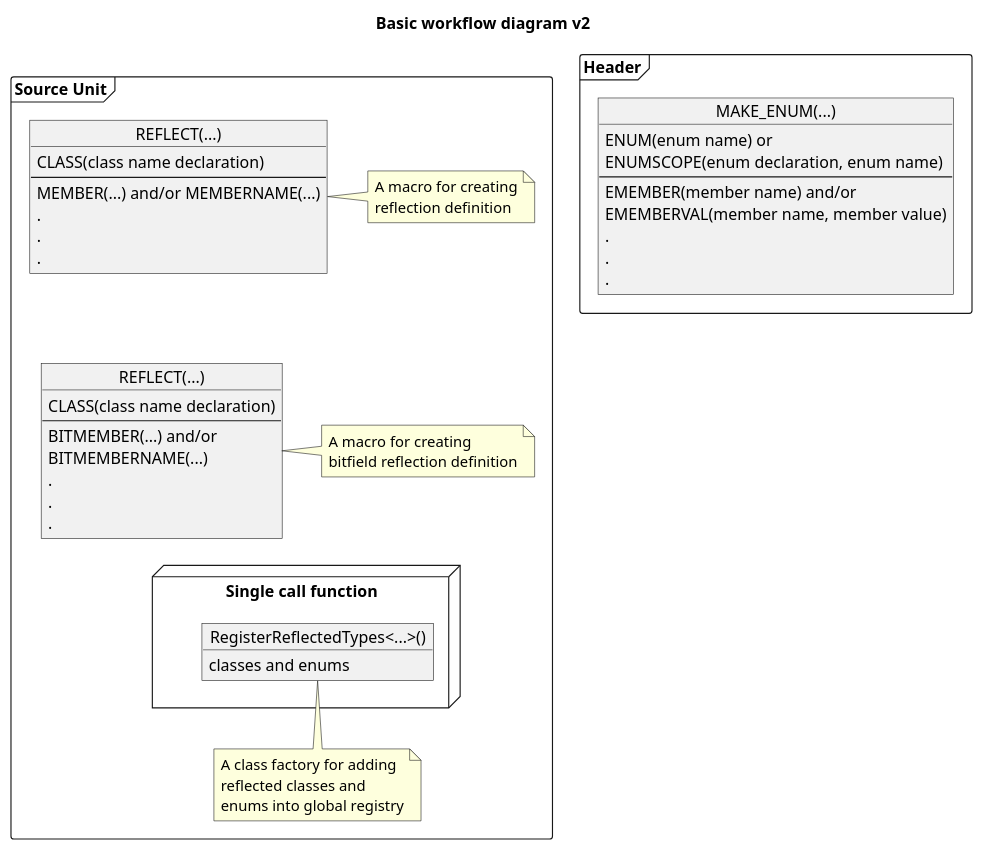
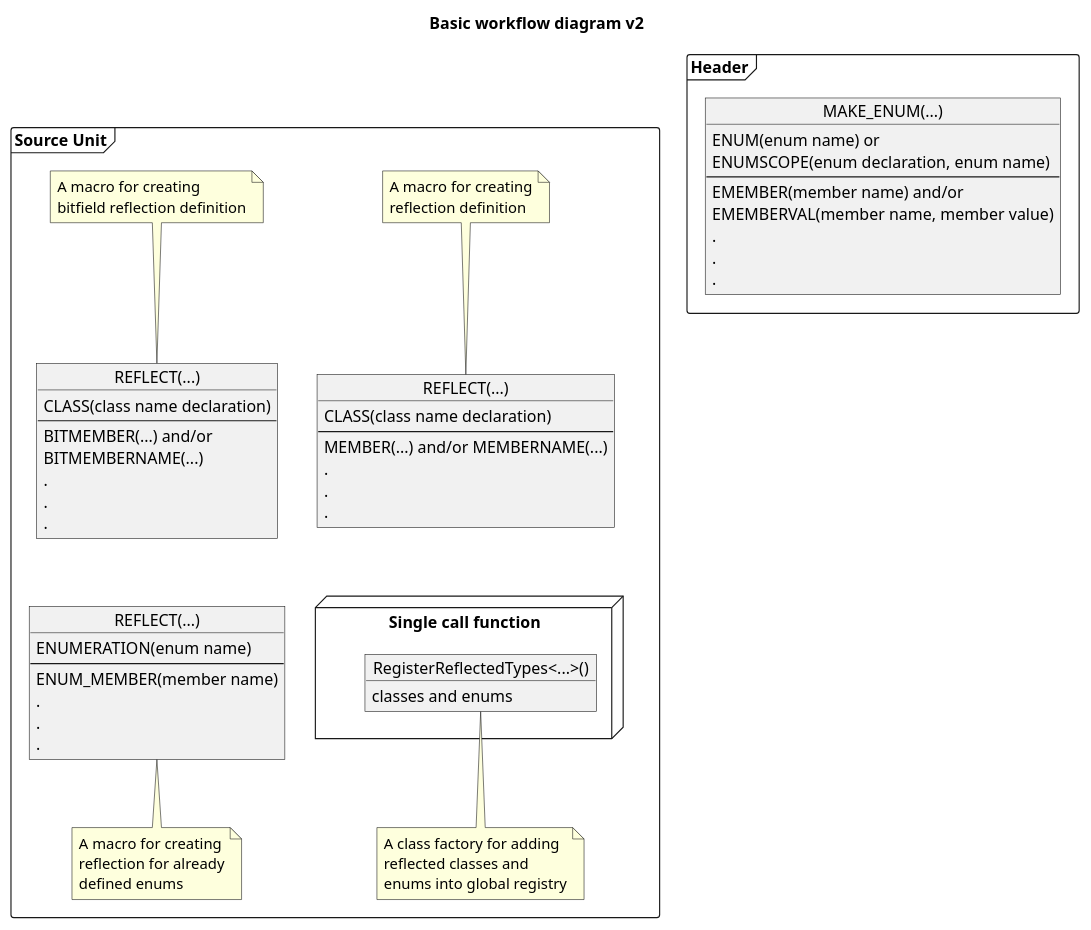
Before and after one commit to PredatorCZ/Spike: the diagram in doc/ref_bwd.puml, drawn with PlantUML. The commit also changed 1 other file, not shown here.

Commit message:
reflector added support for defined enums

```diff
--- a/doc/ref_bwd.puml
+++ b/doc/ref_bwd.puml
@@ -1,55 +1,69 @@
 @startuml ref_bwd
 title Basic workflow diagram v2
 package Header <<Frame>> {
     object "MAKE_ENUM(...)" as RCE
     RCE : ENUM(enum name) or
     RCE : ENUMSCOPE(enum declaration, enum name)
     RCE : ---
     RCE : EMEMBER(member name) and/or
     RCE : EMEMBERVAL(member name, member value)
     RCE : .
     RCE : .
     RCE : .
 }
 
 
 package "Source Unit" <<Frame>> {
     object "REFLECT(...)" as REFLECT
     REFLECT : CLASS(class name declaration)
     REFLECT : ---
     REFLECT : MEMBER(...) and/or MEMBERNAME(...)
     REFLECT : .
     REFLECT : .
     REFLECT : .
-    note right of REFLECT
+    note top of REFLECT
         A macro for creating
         reflection definition
     end note
 
     object "REFLECT(...)" as BITREFLECT
     BITREFLECT : CLASS(class name declaration)
     BITREFLECT : ---
     BITREFLECT : BITMEMBER(...) and/or 
     BITREFLECT : BITMEMBERNAME(...)
     BITREFLECT : .
     BITREFLECT : .
     BITREFLECT : .
-    note right of BITREFLECT
+    note top of BITREFLECT
         A macro for creating
         bitfield reflection definition
+    end note
+
+    object "REFLECT(...)" as ENUREFLECT
+    ENUREFLECT : ENUMERATION(enum name)
+    ENUREFLECT : ---
+    ENUREFLECT : ENUM_MEMBER(member name)
+    ENUREFLECT : .
+    ENUREFLECT : .
+    ENUREFLECT : .
+    note bottom of ENUREFLECT
+        A macro for creating
+        reflection for already
+        defined enums
     end note
 
     node "Single call function" as SCF {
         object "RegisterReflectedTypes<...>()" as REFLECTOR_REGISTER
         REFLECTOR_REGISTER : classes and enums
     }
     note bottom of REFLECTOR_REGISTER
         A class factory for adding
         reflected classes and
         enums into global registry
     end note
 
-    REFLECT -[hidden]down- BITREFLECT
-    BITREFLECT -[hidden]down- SCF
+    REFLECT -[hidden]left- BITREFLECT
+    BITREFLECT -[hidden]down- ENUREFLECT
+    ENUREFLECT -[hidden]left- SCF
 }
 @enduml
```
